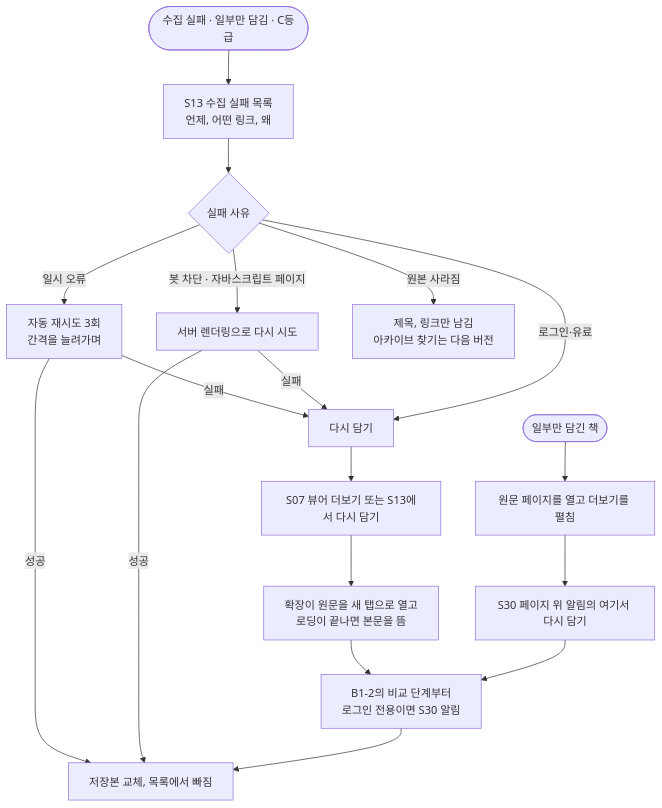
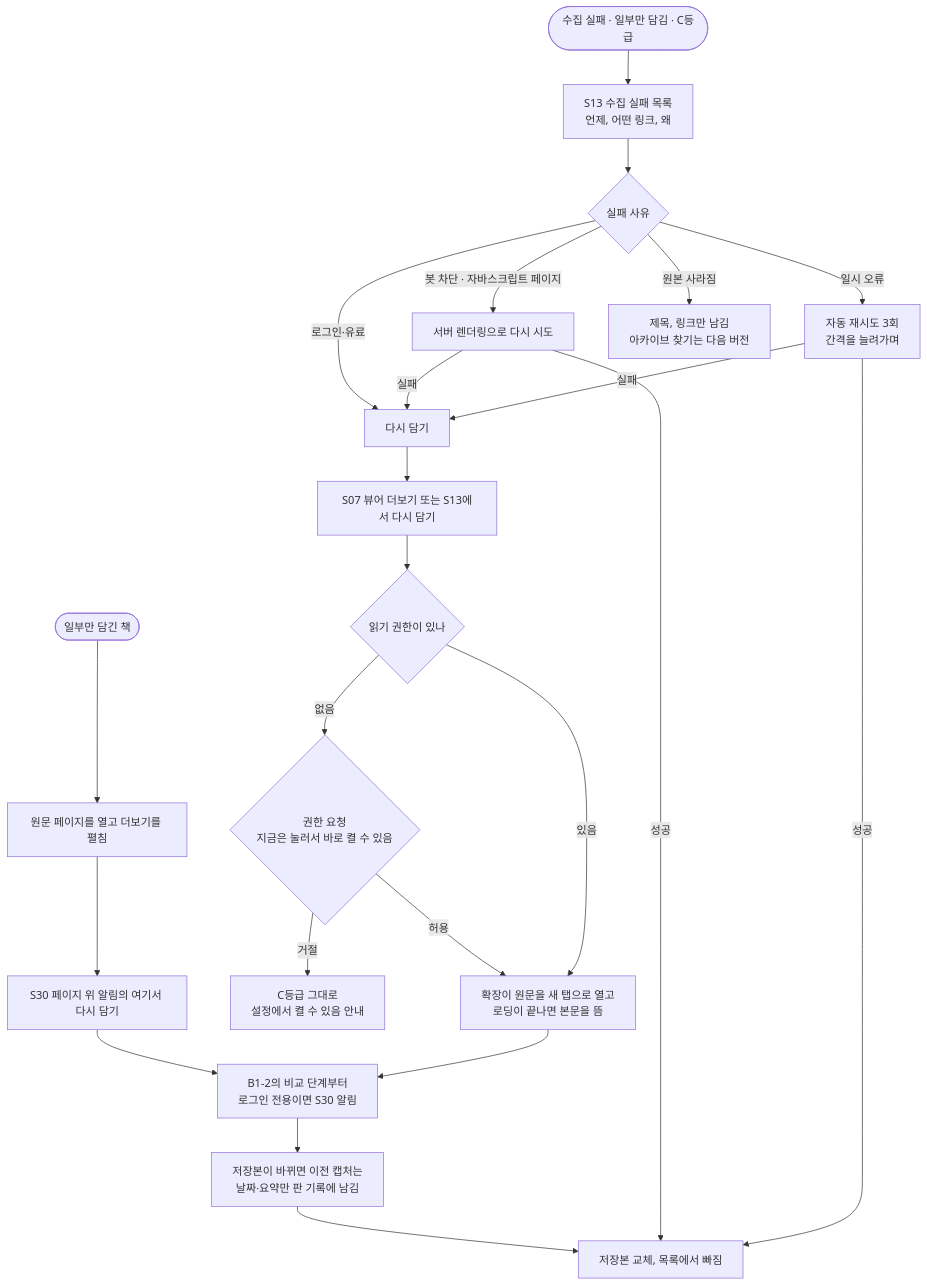
Before and after one commit to daheww-wq/0929: the diagram in flows/src/B4.mmd, drawn with Mermaid. The commit also changed 33040 other files, not shown here.

First line of the commit message:
03 흐름도: 읽기 권한(A1·A5·B1-1·B1-2·B4)과 arXiv 새 판(B5) 반영, SVG·flows.html 재생성

```diff
--- a/flows/src/B4.mmd
+++ b/flows/src/B4.mmd
@@ -1,18 +1,22 @@
 flowchart TD
   A([수집 실패 · 일부만 담김 · C등급]) --> B["S13 수집 실패 목록<br/>언제, 어떤 링크, 왜"]
   B --> C{"실패 사유"}
   C -- 일시 오류 --> D["자동 재시도 3회<br/>간격을 늘려가며"]
   D -- 성공 --> OK["저장본 교체, 목록에서 빠짐"]
   D -- 실패 --> E
   C -- 봇 차단 · 자바스크립트 페이지 --> G["서버 렌더링으로 다시 시도"]
   G -- 성공 --> OK
   G -- 실패 --> E
   C -- 로그인·유료 --> E["다시 담기"]
   C -- 원본 사라짐 --> F["제목, 링크만 남김<br/>아카이브 찾기는 다음 버전"]
   E --> H["S07 뷰어 더보기 또는 S13에서 다시 담기"]
-  H --> I["확장이 원문을 새 탭으로 열고<br/>로딩이 끝나면 본문을 뜸"]
+  H --> H0{"읽기 권한이 있나"}
+  H0 -- 있음 --> I["확장이 원문을 새 탭으로 열고<br/>로딩이 끝나면 본문을 뜸"]
+  H0 -- 없음 --> H1{"권한 요청<br/>지금은 눌러서 바로 켤 수 있음"}
+  H1 -- 허용 --> I
+  H1 -- 거절 --> H2["C등급 그대로<br/>설정에서 켤 수 있음 안내"]
   I --> J["B1-2의 비교 단계부터<br/>로그인 전용이면 S30 알림"]
-  J --> OK
+  J --> J1["저장본이 바뀌면 이전 캡처는<br/>날짜·요약만 판 기록에 남김"] --> OK
   P([일부만 담긴 책]) --> Q["원문 페이지를 열고 더보기를 펼침"]
   Q --> R["S30 페이지 위 알림의 여기서 다시 담기"]
   R --> J
```
